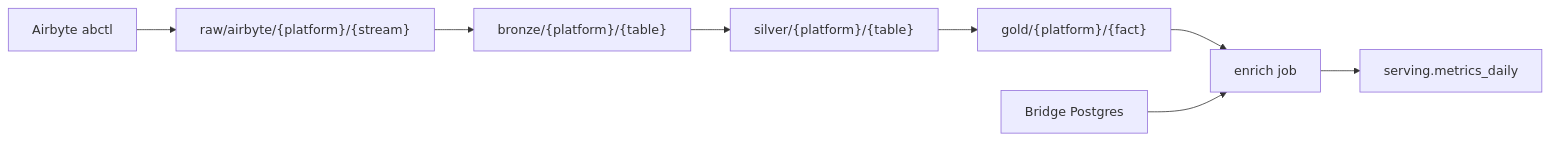
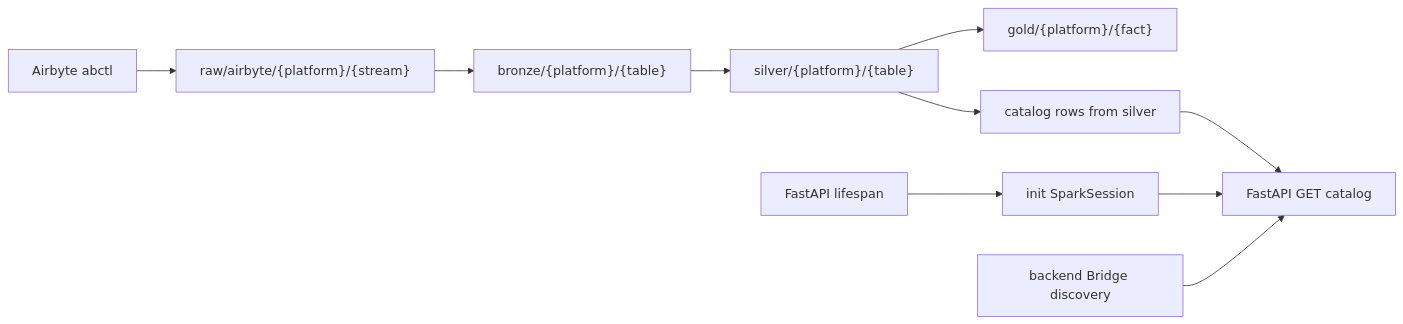
The diagram in .cursor/rules/domain-architecture.mdc (DevPablo20/binder_etl), drawn with Mermaid before and after one commit. The commit also changed other lines of this file and 10 other files, not shown here.

Commit message:
fix: drop enrich/serving, document catalog api

````diff
--- a/.cursor/rules/domain-architecture.mdc
+++ b/.cursor/rules/domain-architecture.mdc
@@ -20,10 +20,12 @@
 ```mermaid
 flowchart LR
     Airbyte["Airbyte abctl"] --> Raw["raw/airbyte/{platform}/{stream}"]
     Raw --> Bronze["bronze/{platform}/{table}"]
     Bronze --> Silver["silver/{platform}/{table}"]
     Silver --> Gold["gold/{platform}/{fact}"]
-    Gold --> Enrich["enrich job"]
-    Bridge["Bridge Postgres"] --> Enrich
-    Enrich --> Serving["serving.metrics_daily"]
+    Silver --> CatalogBuild["catalog rows from silver"]
+    Lifespan["FastAPI lifespan"] --> SparkInit["init SparkSession"]
+    SparkInit --> CatalogAPI["FastAPI GET catalog"]
+    CatalogBuild --> CatalogAPI
+    Backend["backend Bridge discovery"] --> CatalogAPI
 ```
````
